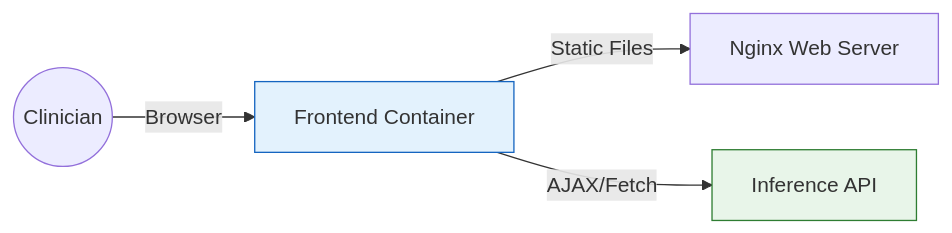
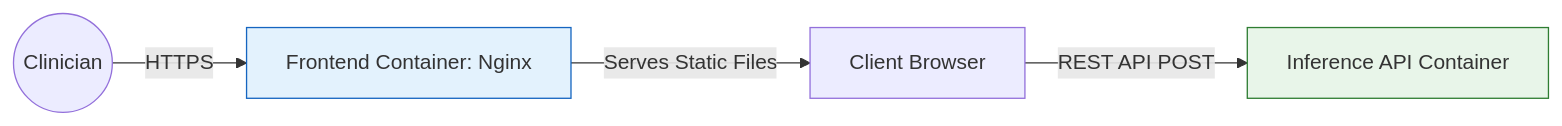
One commit to iammohith/MLOps-System-For-Clinical-Treatment-Outcome-Prediction changed the first of 2 diagrams in frontend/README.md. Above: the diagram before and after it, drawn with Mermaid. The commit also changed other lines of this file and 19 other files, not shown here.

````diff
--- a/frontend/README.md
+++ b/frontend/README.md
@@ -49,9 +42,9 @@
 ```mermaid
 graph LR
-    User((Clinician)) -->|Browser| UI[Frontend Container]
-    UI -->|Static Files| Nginx[Nginx Web Server]
-    UI -->|AJAX/Fetch| API[Inference API]
+    User((Clinician)) -->|HTTPS| Nginx[Frontend Container: Nginx]
+    Nginx -->|Serves Static Files| Browser[Client Browser]
+    Browser -->|REST API POST| API[Inference API Container]
     
-    style UI fill:#e3f2fd,stroke:#1565c0
+    style Nginx fill:#e3f2fd,stroke:#1565c0
     style API fill:#e8f5e9,stroke:#2e7d32
 ```
````
